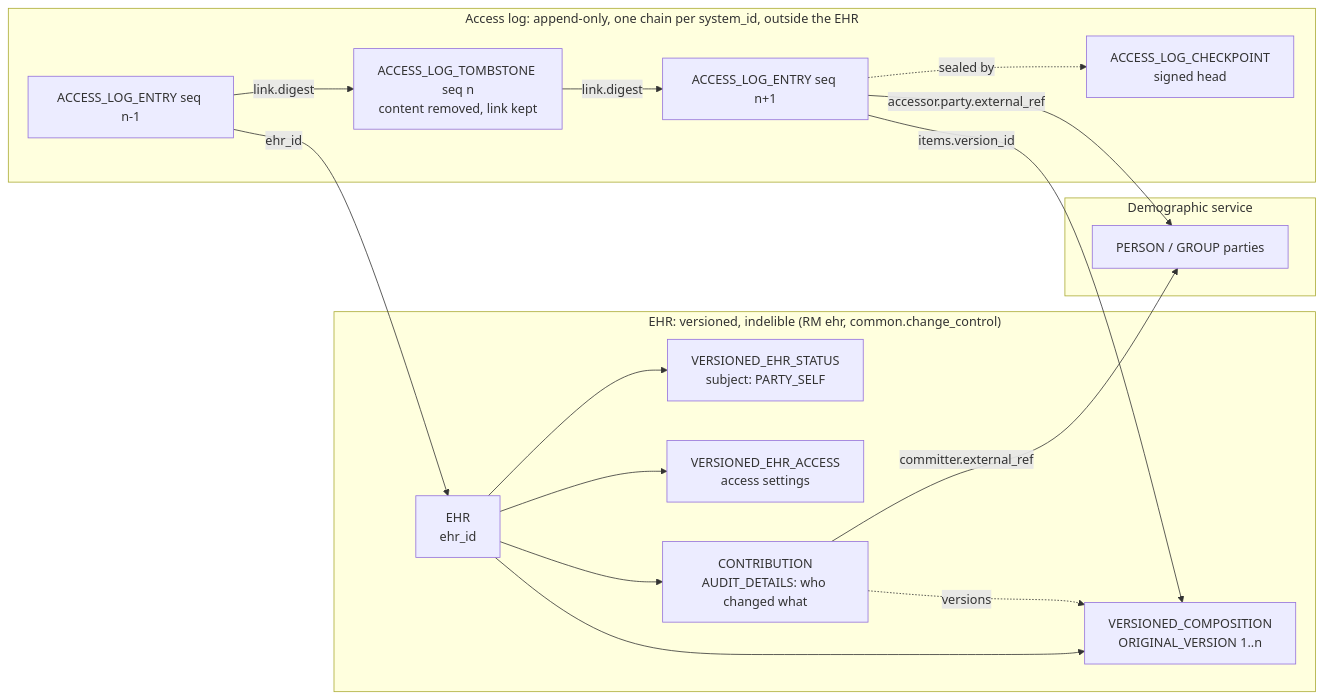
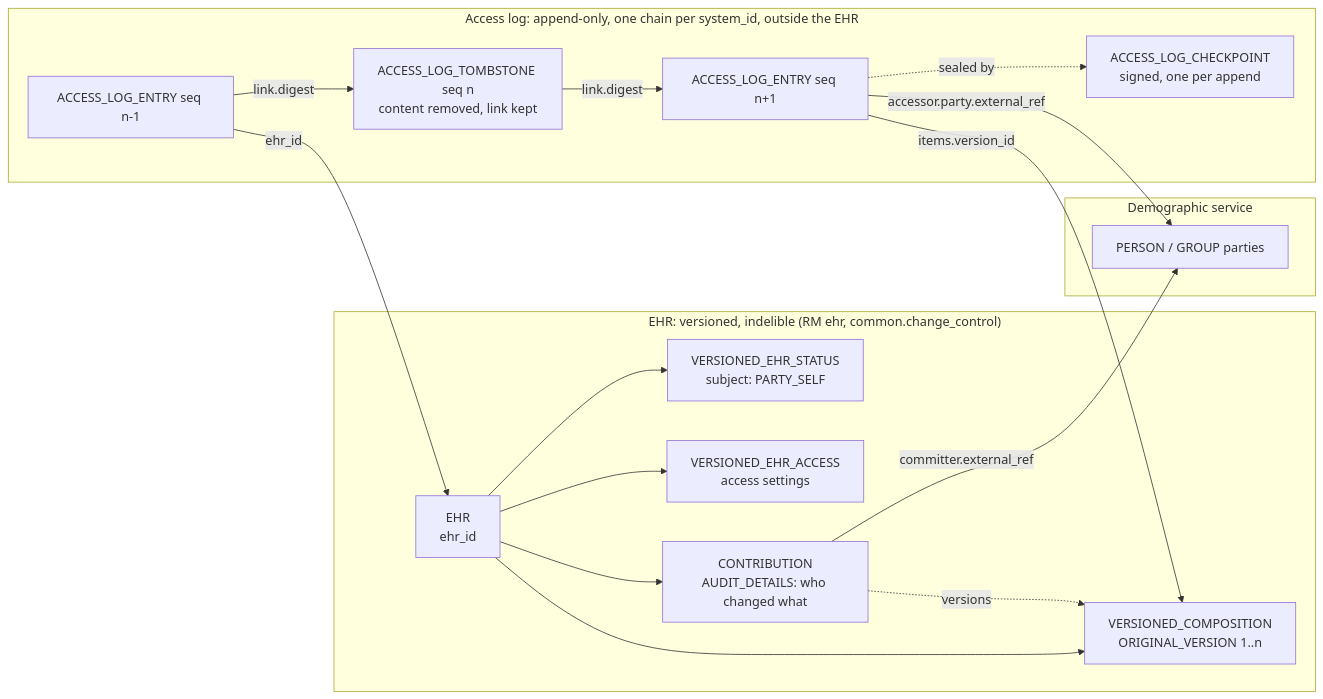
Before and after one commit to FerroHEALTH/FerroEHR: the first of 5 diagrams in docs/plans/access-log.md, drawn with Mermaid. The commit also changed other lines of this file and 38 other files, not shown here.

First line of the commit message:
perf(access-log): seal each append in one signed checkpoint instead of signing every link (#5704)

````diff
--- a/docs/plans/access-log.md
+++ b/docs/plans/access-log.md
@@ -164,31 +166,31 @@
 ```mermaid
 flowchart LR
   subgraph EHRBOX["EHR: versioned, indelible (RM ehr, common.change_control)"]
     EHR["EHR<br/>ehr_id"]
     STATUS["VERSIONED_EHR_STATUS<br/>subject: PARTY_SELF"]
     ACCESS["VERSIONED_EHR_ACCESS<br/>access settings"]
     COMP["VERSIONED_COMPOSITION<br/>ORIGINAL_VERSION 1..n"]
     CONTRIB["CONTRIBUTION<br/>AUDIT_DETAILS: who changed what"]
     EHR --> STATUS
     EHR --> ACCESS
     EHR --> COMP
     EHR --> CONTRIB
     CONTRIB -. versions .-> COMP
   end
   subgraph DEMO["Demographic service"]
     PERSON["PERSON / GROUP parties"]
   end
   subgraph LOG["Access log: append-only, one chain per system_id, outside the EHR"]
     E1["ACCESS_LOG_ENTRY seq n-1"]
     E2["ACCESS_LOG_TOMBSTONE seq n<br/>content removed, link kept"]
     E3["ACCESS_LOG_ENTRY seq n+1"]
-    CP["ACCESS_LOG_CHECKPOINT<br/>signed head"]
+    CP["ACCESS_LOG_CHECKPOINT<br/>signed, one per append"]
     E1 -- "link.digest" --> E2
     E2 -- "link.digest" --> E3
     E3 -. "sealed by" .-> CP
   end
   E1 -- "ehr_id" --> EHR
   E3 -- "items.version_id" --> COMP
   E3 -- "accessor.party.external_ref" --> PERSON
   CONTRIB -- "committer.external_ref" --> PERSON
 ```
````
